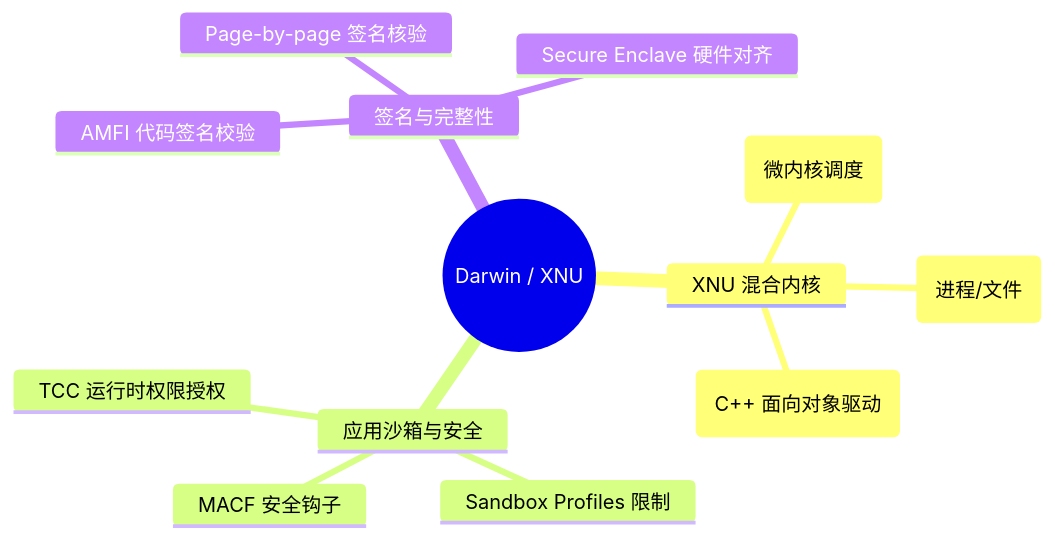
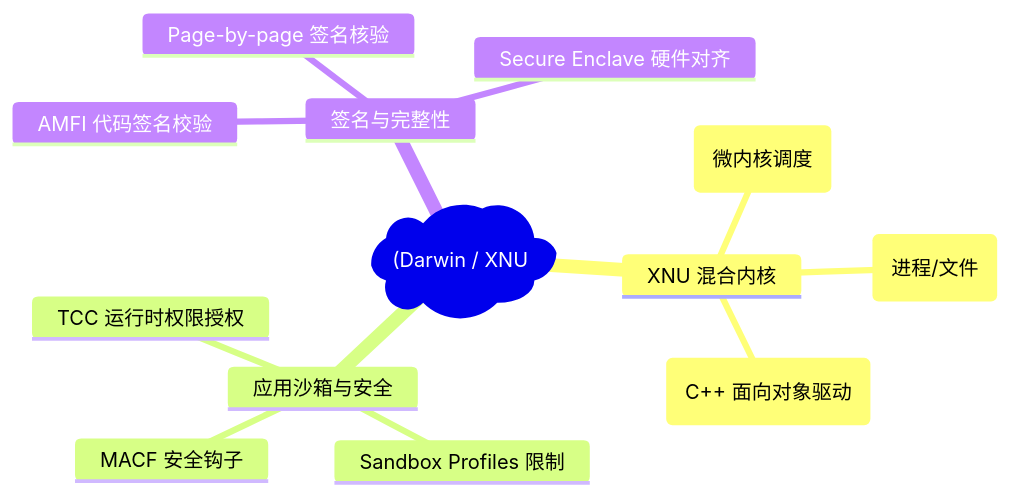
One commit to koosai/AI-Architect-Learning changed the first of 7 diagrams in docs/atlas/macos.mdx. Above: the diagram before and after it, drawn with Mermaid. The commit also changed other lines of this file and 187 other files, not shown here.

Commit message:
fix(mermaid): fix all unquoted parens and edge label syntax errors across all docs

````diff
--- a/docs/atlas/macos.mdx
+++ b/docs/atlas/macos.mdx
@@ -67,16 +67,16 @@
 ```mermaid
 mindmap
-  root((Darwin / XNU))
+  root("(Darwin / XNU"))
     XNU 混合内核
       Mach 底座 (微内核调度)
       BSD POSIX (进程/文件)
-      I/O Kit (C++ 面向对象驱动)
+      I/O Kit("C++ 面向对象驱动")
     应用沙箱与安全
       MACF 安全钩子
       Sandbox Profiles 限制
       TCC 运行时权限授权
     签名与完整性
       AMFI 代码签名校验
       Page-by-page 签名核验
       Secure Enclave 硬件对齐
 ```
````
